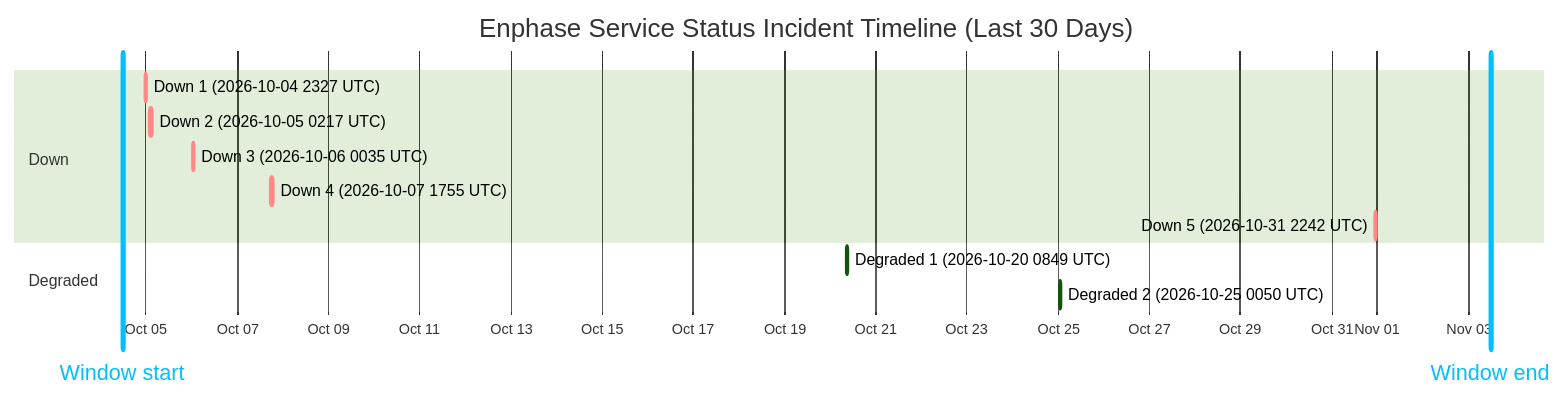
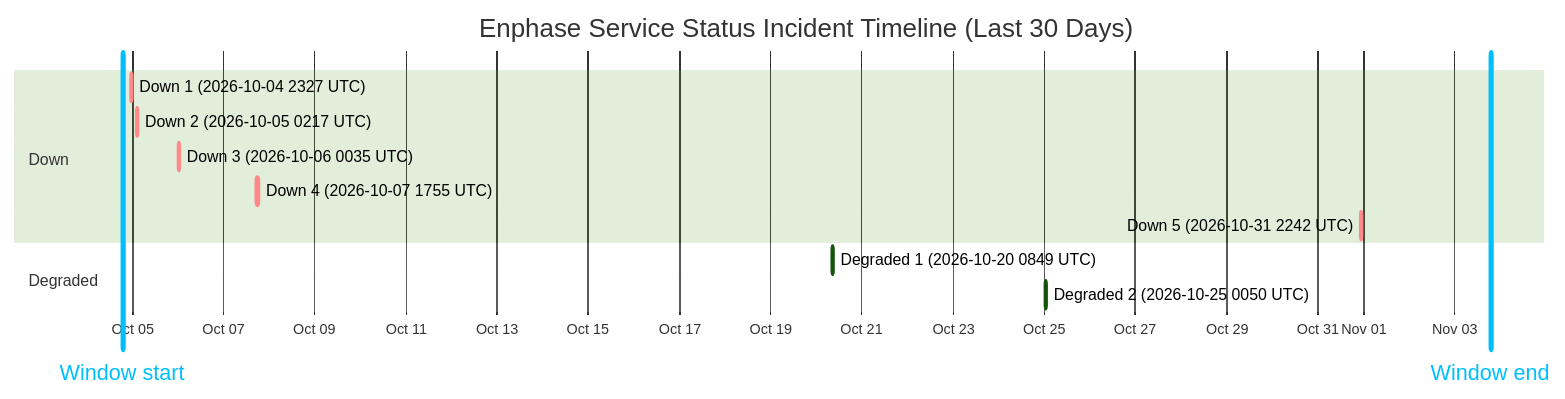
One commit to barneyonline/ha-enphase-energy changed the diagram in wiki/Service-Status-History.md. Above: the diagram before and after it, drawn with Mermaid (forest theme). The commit also changed other lines of this file and 3 other files, not shown here.

````diff
--- a/wiki/Service-Status-History.md
+++ b/wiki/Service-Status-History.md
@@ -14,17 +14,17 @@
 ```mermaid
 gantt
     title Enphase Service Status Incident Timeline (Last 30 Days)
     dateFormat  YYYY-MM-DDTHH:mm:ss
     axisFormat  %b %d
-    Window start :vert, window-start, 2026-10-04T11:37:40, 0ms
-    Window end :vert, window-end, 2026-11-03T11:37:40, 0ms
+    Window start :vert, window-start, 2026-10-04T19:03:37, 0ms
+    Window end :vert, window-end, 2026-11-03T19:03:37, 0ms
     section Down
     Down 1 (2026-10-04 2327 UTC) :crit, down-1, 2026-10-04T23:27:34, 60m
     Down 2 (2026-10-05 0217 UTC) :crit, down-2, 2026-10-05T02:17:30, 60m
     Down 3 (2026-10-06 0035 UTC) :crit, down-3, 2026-10-06T00:35:21, 60m
     Down 4 (2026-10-07 1755 UTC) :crit, down-4, 2026-10-07T17:55:16, 60m
     Down 5 (2026-10-31 2242 UTC) :crit, down-5, 2026-10-31T22:42:18, 60m
     section Degraded
     Degraded 1 (2026-10-20 0849 UTC) :active, degraded-1, 2026-10-20T08:49:49, 60m
     Degraded 2 (2026-10-25 0050 UTC) :active, degraded-2, 2026-10-25T00:50:01, 60m
 ```
````
